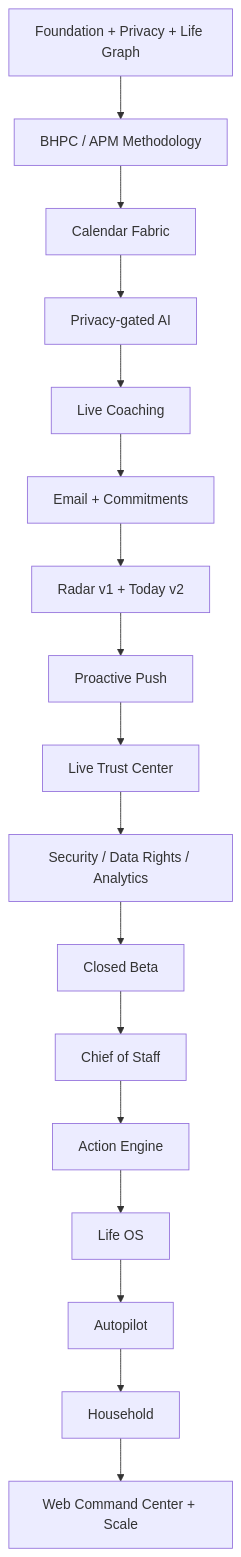
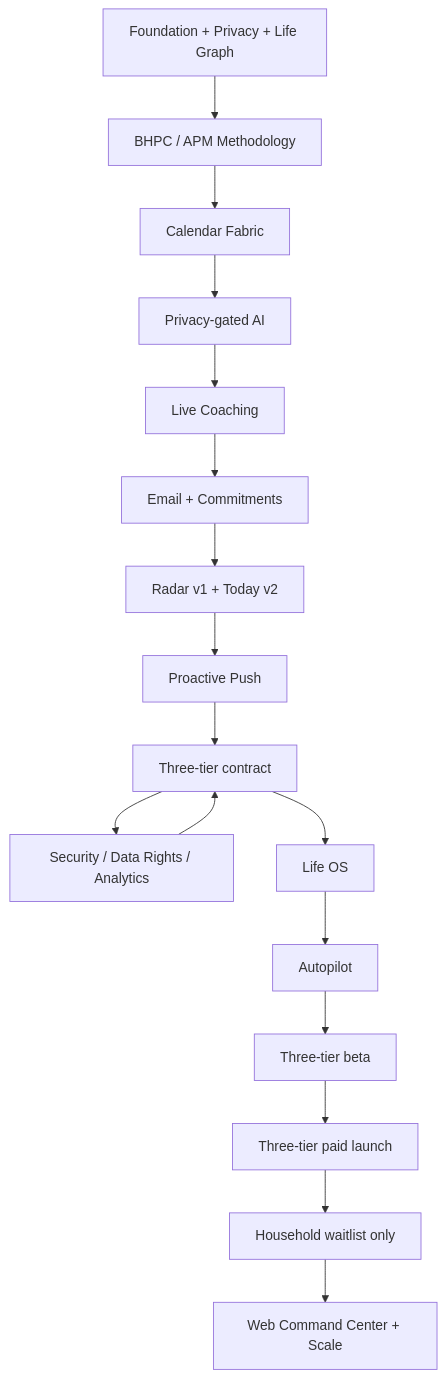
One commit to seq23/aplayer-mode changed the second of 3 diagrams in docs/21-FULL-PROGRAM-EXECUTION-LEDGER.md. Above: the diagram before and after it, drawn with Mermaid. The commit also changed other lines of this file, not shown here.

Commit message:
docs: update full program ledger for three tiers

````diff
--- a/docs/21-FULL-PROGRAM-EXECUTION-LEDGER.md
+++ b/docs/21-FULL-PROGRAM-EXECUTION-LEDGER.md
@@ -49,19 +49,19 @@
 ```mermaid
 flowchart TD
   F[Foundation + Privacy + Life Graph] --> M[BHPC / APM Methodology]
   M --> C[Calendar Fabric]
   C --> A[Privacy-gated AI]
   A --> CO[Live Coaching]
   CO --> E[Email + Commitments]
   E --> R[Radar v1 + Today v2]
   R --> P[Proactive Push]
   P --> T[Live Trust Center]
   T --> SEC[Security / Data Rights / Analytics]
-  SEC --> B[Closed Beta]
-  B --> PAID[Chief of Staff]
-  PAID --> ACT[Action Engine]
-  ACT --> L[Life OS]
+  SEC --> T[Three-tier contract]
+  T --> L[Life OS]
   L --> AU[Autopilot]
-  AU --> H[Household]
+  AU --> B[Three-tier beta]
+  B --> PAID[Three-tier paid launch]
+  PAID --> H[Household waitlist only]
   H --> W[Web Command Center + Scale]
 ```
````
